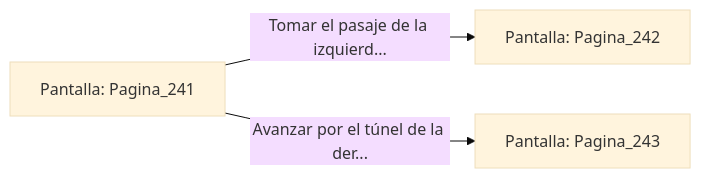
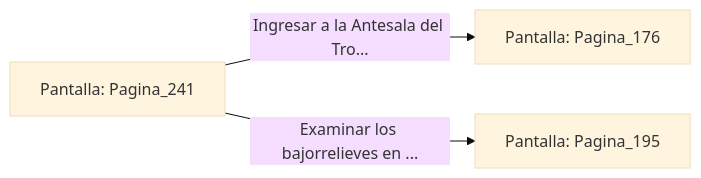
Before and after one commit to metsuke/mpl: the diagram in sample/eligejuego-vault/Pantalla_Pagina_241.md, drawn with Mermaid (base theme). The commit also changed other lines of this file and 635 other files, not shown here.

First line of the commit message:
fix: añadir Pagina_1 como pantalla inicial en capitulo_01.mpl

````diff
--- a/sample/eligejuego-vault/Pantalla_Pagina_241.md
+++ b/sample/eligejuego-vault/Pantalla_Pagina_241.md
@@ -20,6 +24,6 @@
 ```mermaid
 graph LR
     P_Pagina_241["Pantalla: Pagina_241"]
-    P_Pagina_241 -->|"Tomar el pasaje de la izquierd..."| P_Pagina_242["Pantalla: Pagina_242"]
-    P_Pagina_241 -->|"Avanzar por el túnel de la der..."| P_Pagina_243["Pantalla: Pagina_243"]
+    P_Pagina_241 -->|"Ingresar a la Antesala del Tro..."| P_Pagina_176["Pantalla: Pagina_176"]
+    P_Pagina_241 -->|"Examinar los bajorrelieves en ..."| P_Pagina_195["Pantalla: Pagina_195"]
 ```
````
